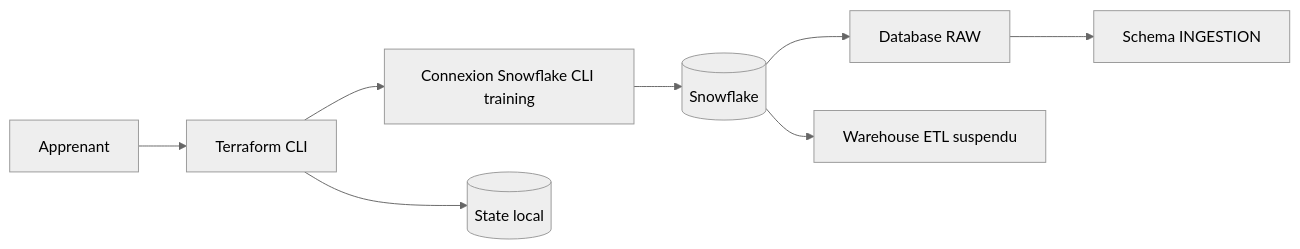
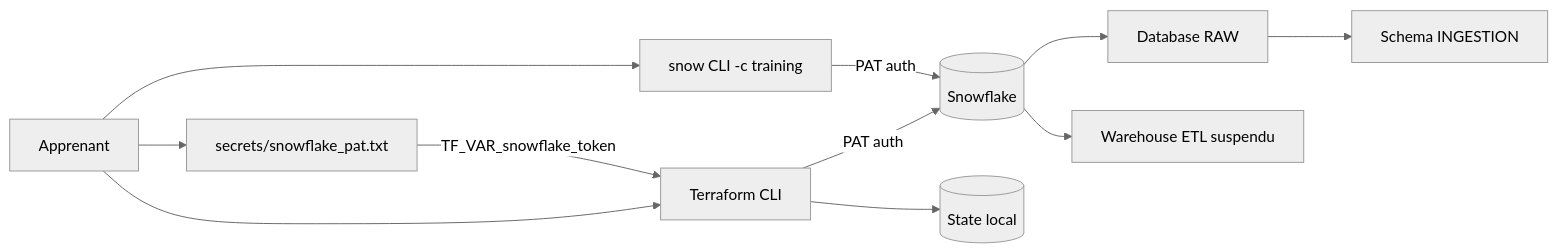
Before and after one commit to msellamiTN/Snowflake-terraform: the diagram in courses/day-01/module-01-iac-workflow/lab.md, drawn with Mermaid (neutral theme). The commit also changed other lines of this file and 3 other files, not shown here.

First line of the commit message:
docs: replace snow CLI connection with explicit provider authentication in M1, M4, and M8 labs

````diff
--- a/courses/day-01/module-01-iac-workflow/lab.md
+++ b/courses/day-01/module-01-iac-workflow/lab.md
@@ -18,10 +18,13 @@
 ```mermaid
 flowchart LR
     DEV[Apprenant] --> TF[Terraform CLI]
-    TF --> PROFILE[Connexion Snowflake CLI training]
-    PROFILE --> SF[(Snowflake)]
+    DEV --> PAT[secrets/snowflake_pat.txt]
+    PAT -->|TF_VAR_snowflake_token| TF
+    TF -->|PAT auth| SF[(Snowflake)]
     TF --> STATE[(State local)]
+    DEV --> CLI[snow CLI -c training]
+    CLI -->|PAT auth| SF
     SF --> DB[Database RAW]
     DB --> SCHEMA[Schema INGESTION]
     SF --> WH[Warehouse ETL suspendu]
 ```
````
